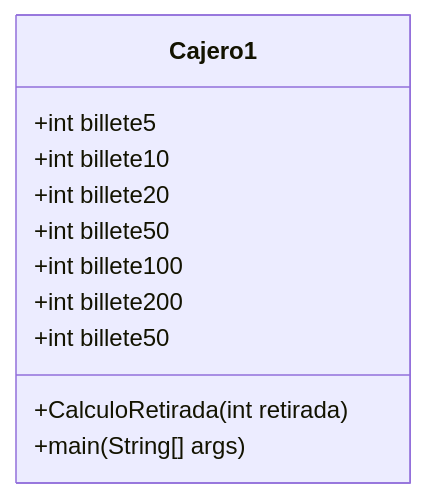
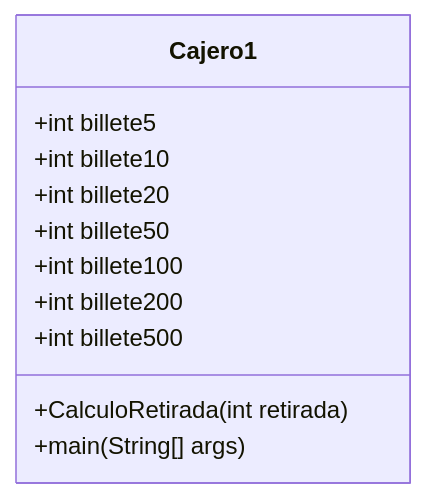
One commit to angelaserantes/ejercicio_semana_septima changed the diagram in README.md. Above: the diagram before and after it, drawn with Mermaid.

Commit message:
diagrama de clase actualizado

````diff
--- a/README.md
+++ b/README.md
@@ -9,13 +9,13 @@
 ```mermaid
 classDiagram
 class Cajero1
 Cajero1 : +int billete5
 Cajero1 : +int billete10
 Cajero1 : +int billete20
 Cajero1 : +int billete50
 Cajero1 : +int billete100
 Cajero1 : +int billete200
-Cajero1 : +int billete50
+Cajero1 : +int billete500
 Cajero1 : +CalculoRetirada(int retirada)
 Cajero1: +main(String[] args)
 ```
````
